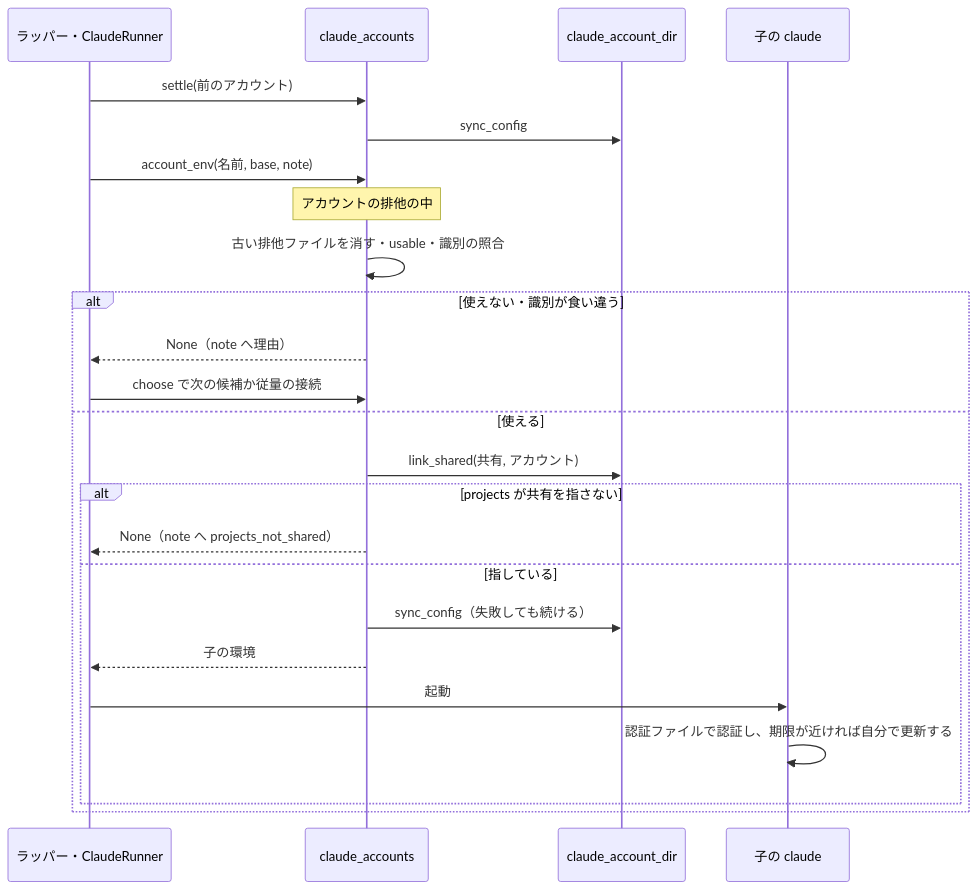
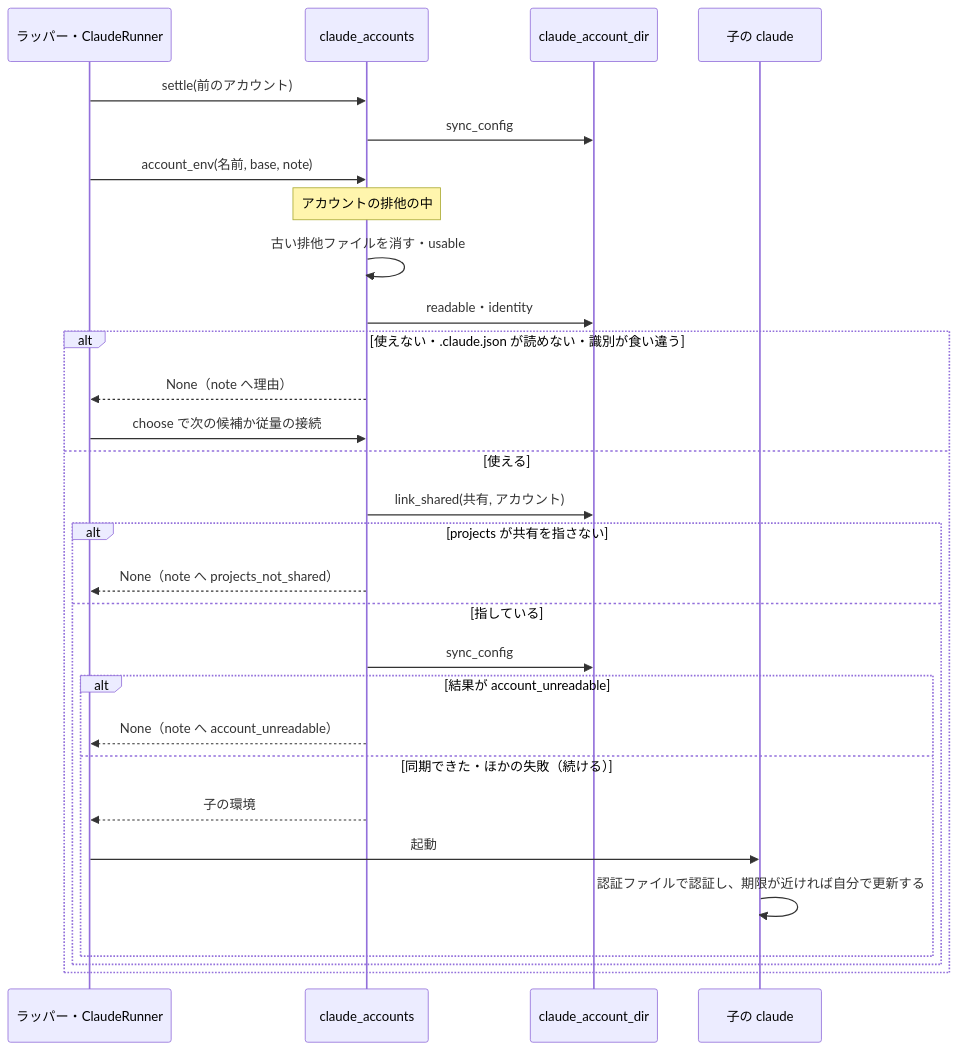
One commit to devbasex/ai-plugins changed the third of 6 diagrams in issues/issue-1576-design-details.md. Above: the diagram before and after it, drawn with Mermaid. The commit also changed other lines of this file and 4 other files, not shown here.

First line of the commit message:
Docs: #1576 の設計に実測 I と 2 つの決定を足す（同期の控えに userID を控える・読めない .claude.json のアカウントでは起動しない）

````diff
--- a/issues/issue-1576-design-details.md
+++ b/issues/issue-1576-design-details.md
@@ -224,26 +229,31 @@
 ```mermaid
 sequenceDiagram
   participant R as ラッパー・ClaudeRunner
   participant A as claude_accounts
   participant D as claude_account_dir
   participant C as 子の claude
   R->>A: settle(前のアカウント)
   A->>D: sync_config
   R->>A: account_env(名前, base, note)
   Note over A: アカウントの排他の中
-  A->>A: 古い排他ファイルを消す・usable・識別の照合
-  alt 使えない・識別が食い違う
+  A->>A: 古い排他ファイルを消す・usable
+  A->>D: readable・identity
+  alt 使えない・.claude.json が読めない・識別が食い違う
     A-->>R: None（note へ理由）
     R->>A: choose で次の候補か従量の接続
   else 使える
     A->>D: link_shared(共有, アカウント)
     alt projects が共有を指さない
       A-->>R: None（note へ projects_not_shared）
     else 指している
-      A->>D: sync_config（失敗しても続ける）
-      A-->>R: 子の環境
-      R->>C: 起動
-      C->>C: 認証ファイルで認証し、期限が近ければ自分で更新する
+      A->>D: sync_config
+      alt 結果が account_unreadable
+        A-->>R: None（note へ account_unreadable）
+      else 同期できた・ほかの失敗（続ける）
+        A-->>R: 子の環境
+        R->>C: 起動
+        C->>C: 認証ファイルで認証し、期限が近ければ自分で更新する
+      end
     end
   end
 ```
````
